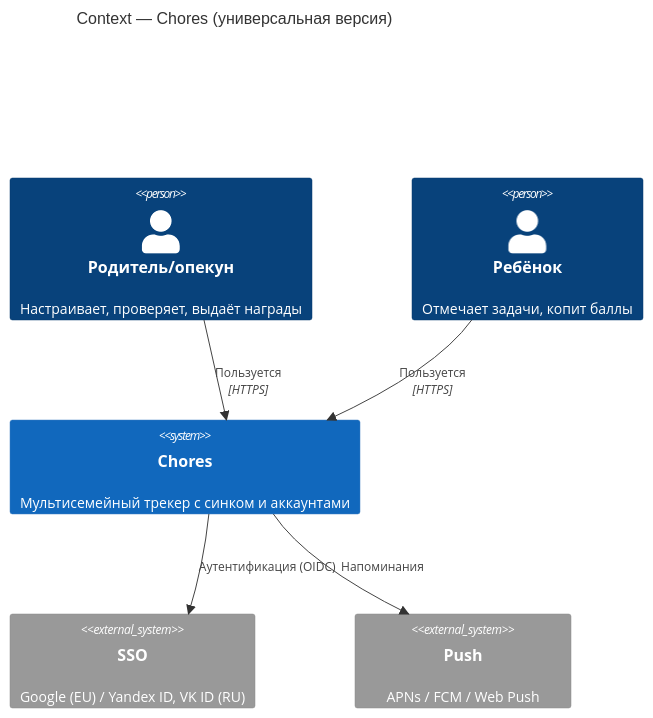
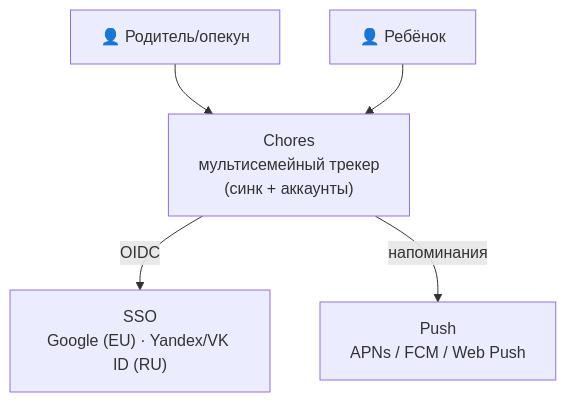
One commit to SiritosKon/kids-chores changed the first of 3 diagrams in research/02-backend-architecture.md. Above: the diagram before and after it, drawn with Mermaid. The commit also changed other lines of this file, not shown here.

Commit message:
docs(research): redraw C4 diagrams as flowcharts to avoid arrow overlap

````diff
--- a/research/02-backend-architecture.md
+++ b/research/02-backend-architecture.md
@@ -65,13 +65,12 @@
 ```mermaid
-C4Context
-  title Context — Chores (универсальная версия)
-  Person(parent, "Родитель/опекун", "Настраивает, проверяет, выдаёт награды")
-  Person(child, "Ребёнок", "Отмечает задачи, копит баллы")
-  System(app, "Chores", "Мультисемейный трекер с синком и аккаунтами")
-  System_Ext(idp, "SSO", "Google (EU) / Yandex ID, VK ID (RU)")
-  System_Ext(push, "Push", "APNs / FCM / Web Push")
-  Rel(parent, app, "Пользуется", "HTTPS")
-  Rel(child, app, "Пользуется", "HTTPS")
-  Rel(app, idp, "Аутентификация (OIDC)")
-  Rel(app, push, "Напоминания")
+flowchart TB
+  parent["👤 Родитель/опекун"]
+  child["👤 Ребёнок"]
+  app["Chores<br/>мультисемейный трекер<br/>(синк + аккаунты)"]
+  idp["SSO<br/>Google (EU) · Yandex/VK ID (RU)"]
+  push["Push<br/>APNs / FCM / Web Push"]
+  parent --> app
+  child --> app
+  app -->|OIDC| idp
+  app -->|напоминания| push
 ```
````
